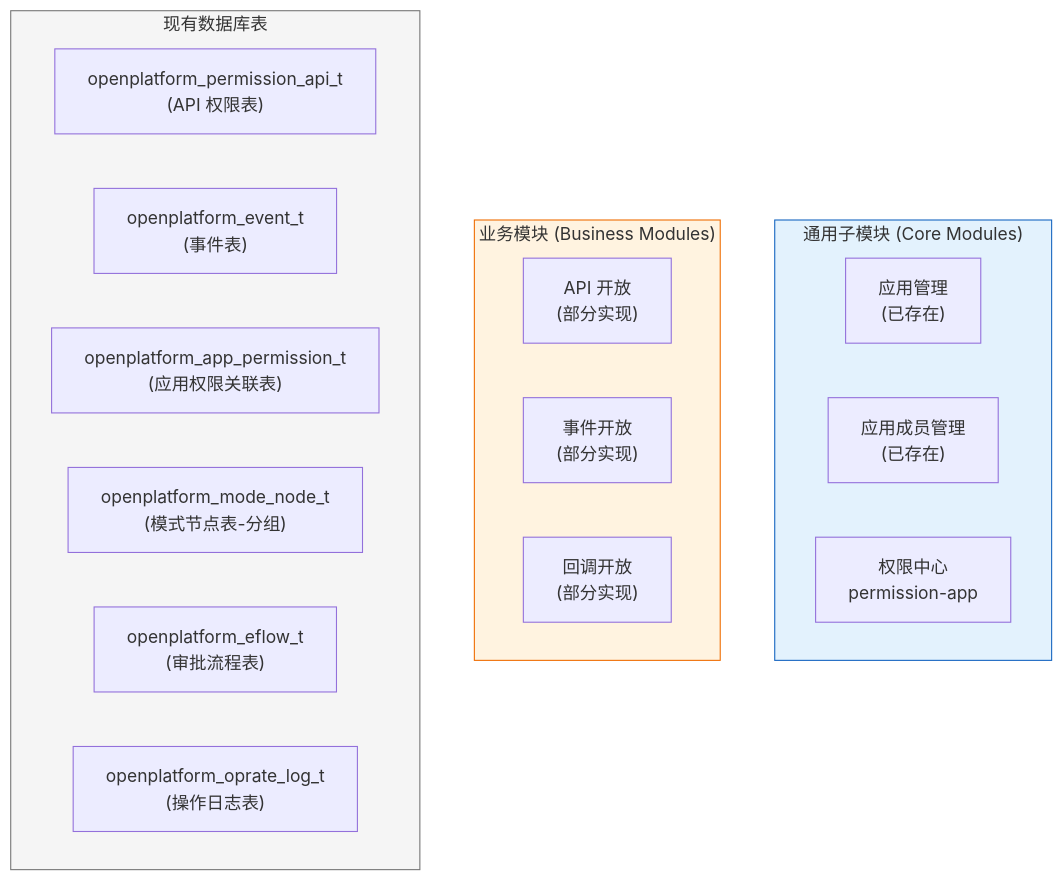
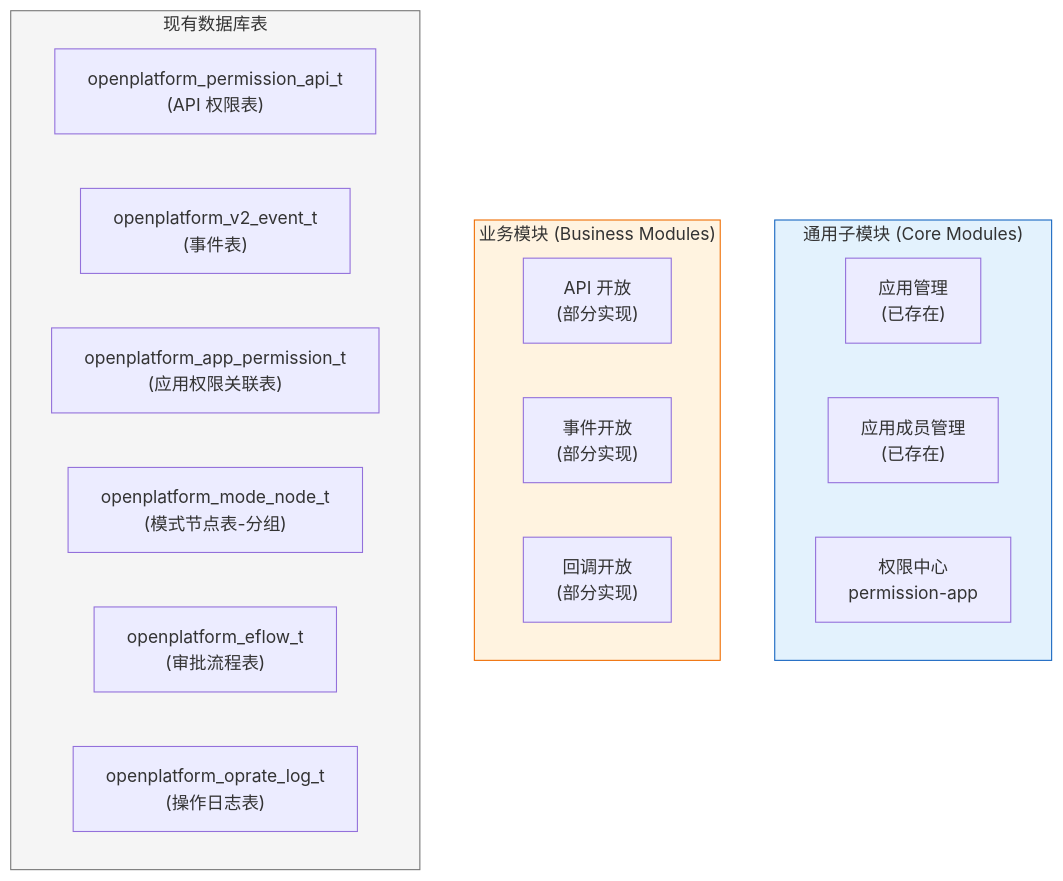
One commit to THZSummer/open-app changed the first of 8 diagrams in .sddu/specs-tree-root/specs-tree-capability-open-platform/plan.md. Above: the diagram before and after it, drawn with Mermaid. The commit also changed other lines of this file and 3 other files, not shown here.

````diff
--- a/.sddu/specs-tree-root/specs-tree-capability-open-platform/plan.md
+++ b/.sddu/specs-tree-root/specs-tree-capability-open-platform/plan.md
@@ -17,27 +17,27 @@
 ```mermaid
 graph TB
     subgraph Core["通用子模块 (Core Modules)"]
         AppMgr["应用管理\n(已存在)"]
         MemberMgr["应用成员管理\n(已存在)"]
         PermissionApp["权限中心\npermission-app"]
     end
     
     subgraph Business["业务模块 (Business Modules)"]
         ApiOpen["API 开放\n(部分实现)"]
         EventOpen["事件开放\n(部分实现)"]
         CallbackOpen["回调开放\n(部分实现)"]
     end
     
     subgraph Database["现有数据库表"]
         T1["openplatform_permission_api_t\n(API 权限表)"]
-        T2["openplatform_event_t\n(事件表)"]
+        T2["openplatform_v2_event_t\n(事件表)"]
         T3["openplatform_app_permission_t\n(应用权限关联表)"]
         T4["openplatform_mode_node_t\n(模式节点表-分组)"]
         T5["openplatform_eflow_t\n(审批流程表)"]
         T6["openplatform_oprate_log_t\n(操作日志表)"]
     end
     
     style Core fill:#e3f2fd,stroke:#1565c0
     style Business fill:#fff3e0,stroke:#ef6c00
     style Database fill:#f5f5f5,stroke:#757575
 ```
````
